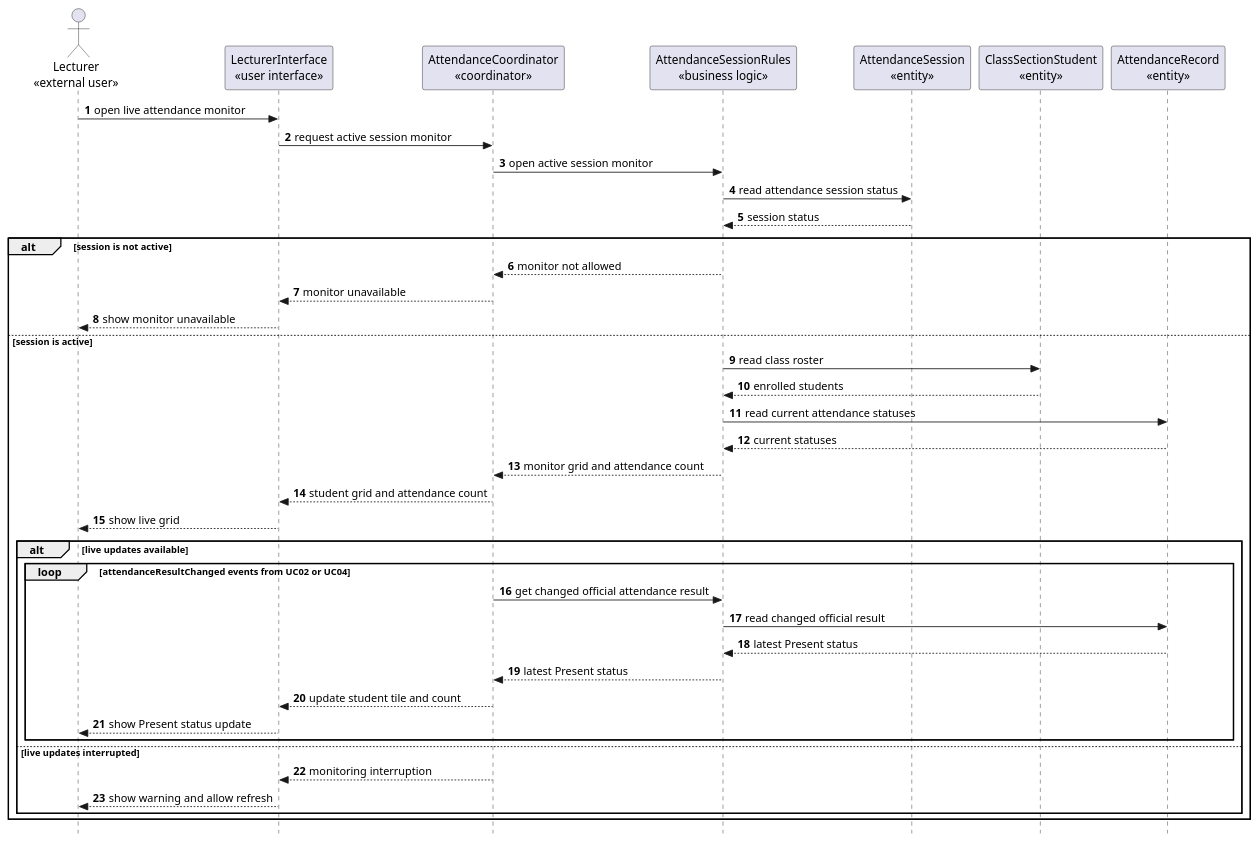
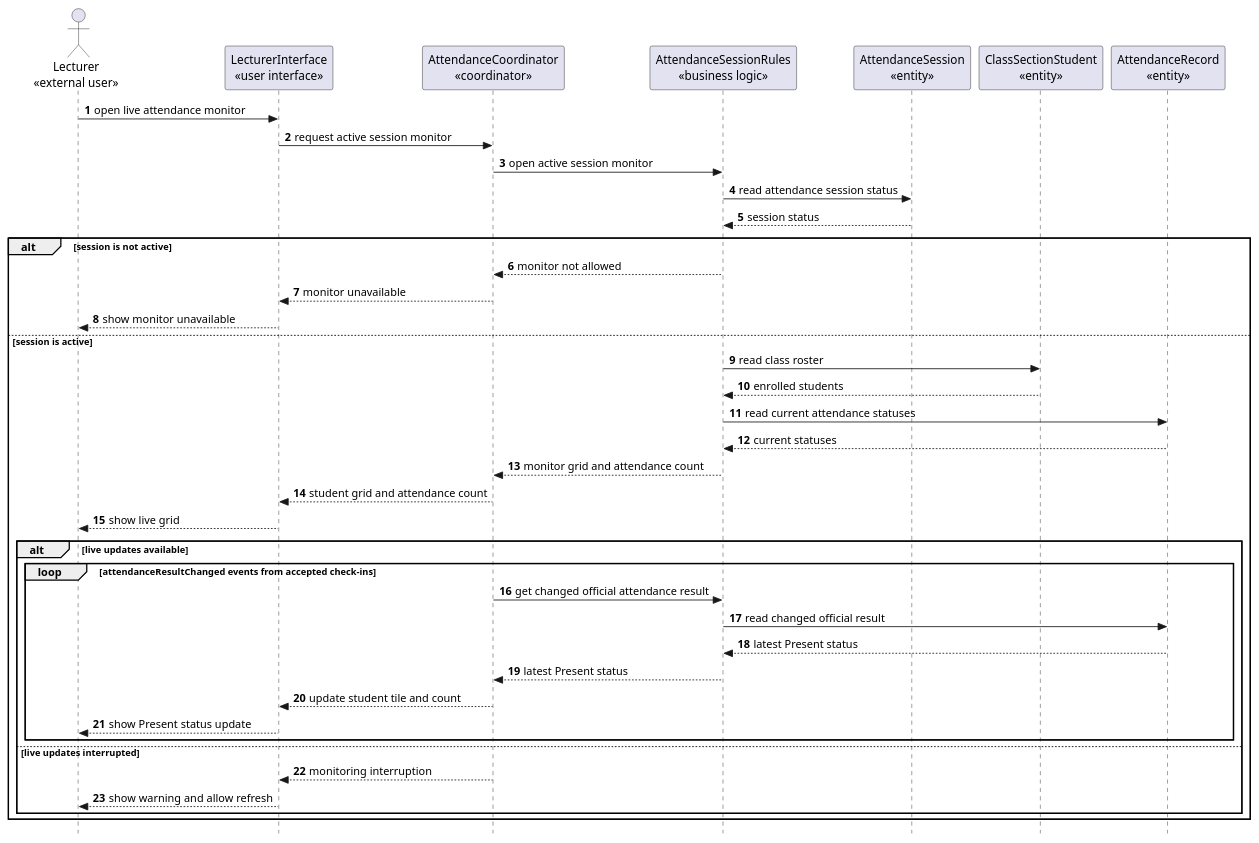
Diagram 19 of 34 in docs/rds/2_Analysis.md (nttung42/SWD392), drawn with PlantUML before and after one commit. The commit also changed other lines of this file and 2 other files, not shown here.

````diff
--- a/docs/rds/2_Analysis.md
+++ b/docs/rds/2_Analysis.md
@@ -924,47 +937,47 @@
 ```plantuml
 @startuml
 skinparam style strictuml
 autonumber
 actor "Lecturer\n«external user»" as Lecturer
 participant "LecturerInterface\n«user interface»" as LecturerUI
 participant "AttendanceCoordinator\n«coordinator»" as MonitorControl
 participant "AttendanceSessionRules\n«business logic»" as SessionRules
 participant "AttendanceSession\n«entity»" as AttendanceSession
 participant "ClassSectionStudent\n«entity»" as ClassSectionStudent
 participant "AttendanceRecord\n«entity»" as AttendanceRecord
 
 Lecturer -> LecturerUI : open live attendance monitor
 LecturerUI -> MonitorControl : request active session monitor
 MonitorControl -> SessionRules : open active session monitor
 SessionRules -> AttendanceSession : read attendance session status
 AttendanceSession --> SessionRules : session status
 
 alt session is not active
   SessionRules --> MonitorControl : monitor not allowed
   MonitorControl --> LecturerUI : monitor unavailable
   LecturerUI --> Lecturer : show monitor unavailable
 else session is active
   SessionRules -> ClassSectionStudent : read class roster
   ClassSectionStudent --> SessionRules : enrolled students
   SessionRules -> AttendanceRecord : read current attendance statuses
   AttendanceRecord --> SessionRules : current statuses
   SessionRules --> MonitorControl : monitor grid and attendance count
   MonitorControl --> LecturerUI : student grid and attendance count
   LecturerUI --> Lecturer : show live grid
 
   alt live updates available
-    loop attendanceResultChanged events from UC02 or UC04
+    loop attendanceResultChanged events from accepted check-ins
       MonitorControl -> SessionRules : get changed official attendance result
       SessionRules -> AttendanceRecord : read changed official result
       AttendanceRecord --> SessionRules : latest Present status
       SessionRules --> MonitorControl : latest Present status
       MonitorControl --> LecturerUI : update student tile and count
       LecturerUI --> Lecturer : show Present status update
     end
   else live updates interrupted
     MonitorControl --> LecturerUI : monitoring interruption
     LecturerUI --> Lecturer : show warning and allow refresh
   end
 end
 @enduml
 ```
````
